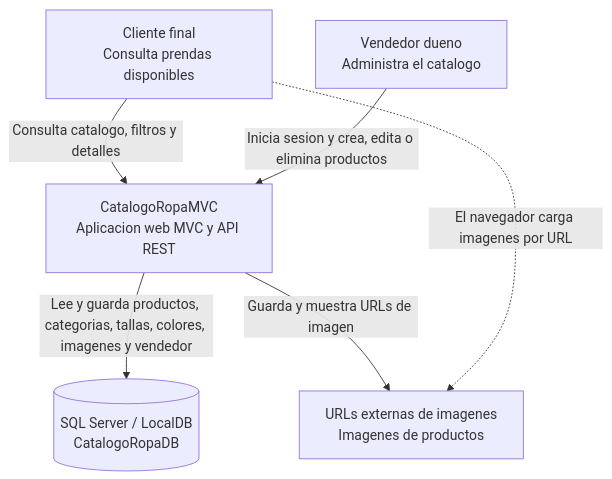
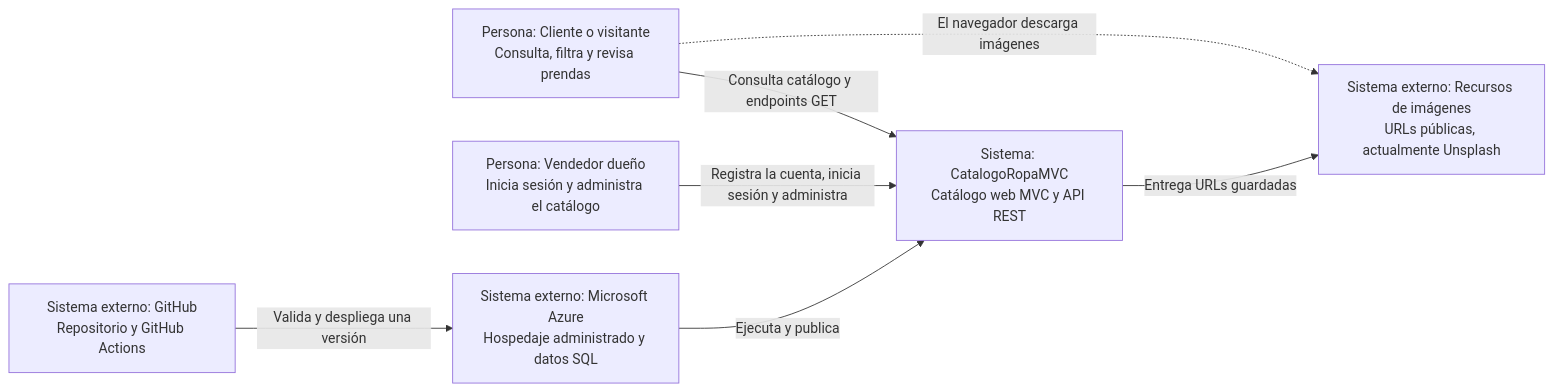
One commit to Marcelo-30/CatalogoApp-Marcelo changed the first of 3 diagrams in docs/C4.md. Above: the diagram before and after it, drawn with Mermaid. The commit also changed other lines of this file and 1 other file, not shown here.

Commit message:
docs: add final C4 diagrams and ATAM evaluation

````diff
--- a/docs/C4.md
+++ b/docs/C4.md
@@ -13,14 +11,16 @@
 ```mermaid
-flowchart TD
-    cliente["Cliente final\nConsulta prendas disponibles"]
-    vendedor["Vendedor dueno\nAdministra el catalogo"]
-    sistema["CatalogoRopaMVC\nAplicacion web MVC y API REST"]
-    sql[("SQL Server / LocalDB\nCatalogoRopaDB")]
-    imagenes["URLs externas de imagenes\nImagenes de productos"]
+flowchart LR
+    visitante["Persona: Cliente o visitante<br/>Consulta, filtra y revisa prendas"]
+    vendedor["Persona: Vendedor dueño<br/>Inicia sesión y administra el catálogo"]
+    sistema["Sistema: CatalogoRopaMVC<br/>Catálogo web MVC y API REST"]
+    imagenes["Sistema externo: Recursos de imágenes<br/>URLs públicas, actualmente Unsplash"]
+    github["Sistema externo: GitHub<br/>Repositorio y GitHub Actions"]
+    azure["Sistema externo: Microsoft Azure<br/>Hospedaje administrado y datos SQL"]
 
-    cliente -->|"Consulta catalogo, filtros y detalles"| sistema
-    vendedor -->|"Inicia sesion y crea, edita o elimina productos"| sistema
-    sistema -->|"Lee y guarda productos, categorias, tallas, colores, imagenes y vendedor"| sql
-    sistema -->|"Guarda y muestra URLs de imagen"| imagenes
-    cliente -.->|"El navegador carga imagenes por URL"| imagenes
+    visitante -->|"Consulta catálogo y endpoints GET"| sistema
+    vendedor -->|"Registra la cuenta, inicia sesión y administra"| sistema
+    sistema -->|"Entrega URLs guardadas"| imagenes
+    visitante -.->|"El navegador descarga imágenes"| imagenes
+    github -->|"Valida y despliega una versión"| azure
+    azure -->|"Ejecuta y publica"| sistema
 ```
````
